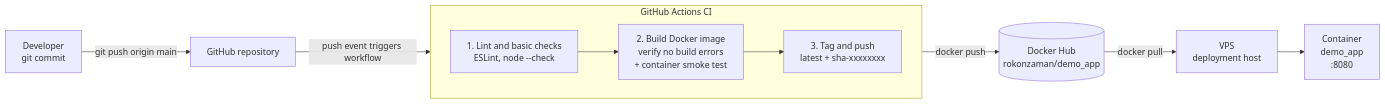
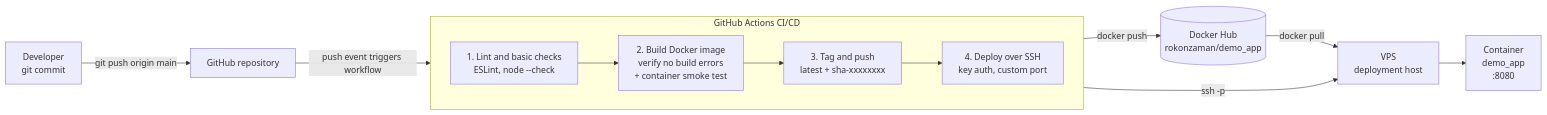
The diagram in README.md (rokonzaman/demo_app), drawn with Mermaid before and after one commit. The commit also changed other lines of this file and 1 other file, not shown here.

Commit message:
ci: add automated deploy to VPS using SSH Key

````diff
--- a/README.md
+++ b/README.md
@@ -18,14 +18,15 @@
 ```mermaid
 flowchart LR
     A["Developer<br/>git commit"] -->|"git push origin main"| B["GitHub repository"]
     B -->|"push event triggers workflow"| C
 
-    subgraph C["GitHub Actions CI"]
+    subgraph C["GitHub Actions CI/CD"]
         direction LR
-        C1["1. Lint and basic checks<br/>ESLint, node --check"] --> C2["2. Build Docker image<br/>verify no build errors<br/>+ container smoke test"] --> C3["3. Tag and push<br/>latest + sha-xxxxxxxx"]
+        C1["1. Lint and basic checks<br/>ESLint, node --check"] --> C2["2. Build Docker image<br/>verify no build errors<br/>+ container smoke test"] --> C3["3. Tag and push<br/>latest + sha-xxxxxxxx"] --> C4["4. Deploy over SSH<br/>key auth, custom port"]
     end
 
     C3 -->|"docker push"| D[("Docker Hub<br/>rokonzaman/demo_app")]
     D -->|"docker pull"| E["VPS<br/>deployment host"]
+    C4 -->|"ssh -p <vps-port>"| E
     E --> F["Container<br/>demo_app<br/>:8080"]
 ```
````
